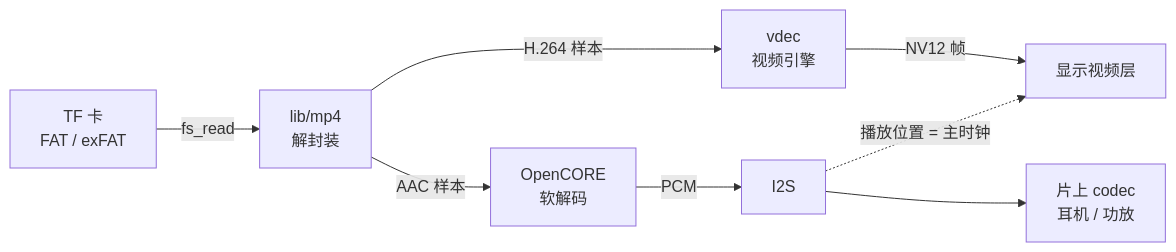
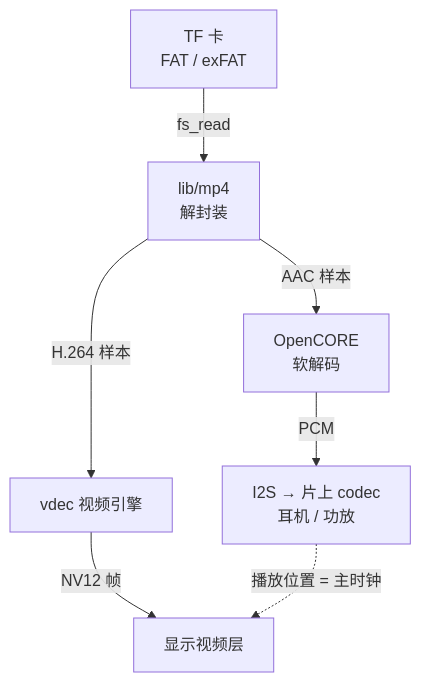
The first of 3 diagrams in docs/src/content/docs/dev/zephyr/apps/mp4-player.md (YuzukiHD/YuzukiNeko), drawn with Mermaid before and after one commit. The commit also changed other lines of this file and 43 other files, not shown here.

````diff
--- a/docs/src/content/docs/dev/zephyr/apps/mp4-player.md
+++ b/docs/src/content/docs/dev/zephyr/apps/mp4-player.md
@@ -7,9 +7,9 @@
 ```mermaid
-flowchart LR
-    SD["TF 卡<br/>FAT / exFAT"] -->|fs_read| DEMUX["lib/mp4<br/>解封装"]
-    DEMUX -->|H.264 样本| VDEC["vdec<br/>视频引擎"]
-    VDEC -->|NV12 帧| VID["显示视频层"]
-    DEMUX -->|AAC 样本| AAC["OpenCORE<br/>软解码"]
-    AAC -->|PCM| I2S["I2S"] --> CODEC["片上 codec<br/>耳机 / 功放"]
-    I2S -.->|播放位置 = 主时钟| VID
+flowchart TB
+    SD["TF 卡<br/>FAT / exFAT"] -->|"fs_read"| DEMUX["lib/mp4<br/>解封装"]
+    DEMUX -->|"H.264 样本"| VDEC["vdec 视频引擎"]
+    DEMUX -->|"AAC 样本"| AAC["OpenCORE<br/>软解码"]
+    VDEC -->|"NV12 帧"| VID["显示视频层"]
+    AAC -->|"PCM"| I2S["I2S → 片上 codec<br/>耳机 / 功放"]
+    I2S -.->|"播放位置 = 主时钟"| VID
 ```
````
